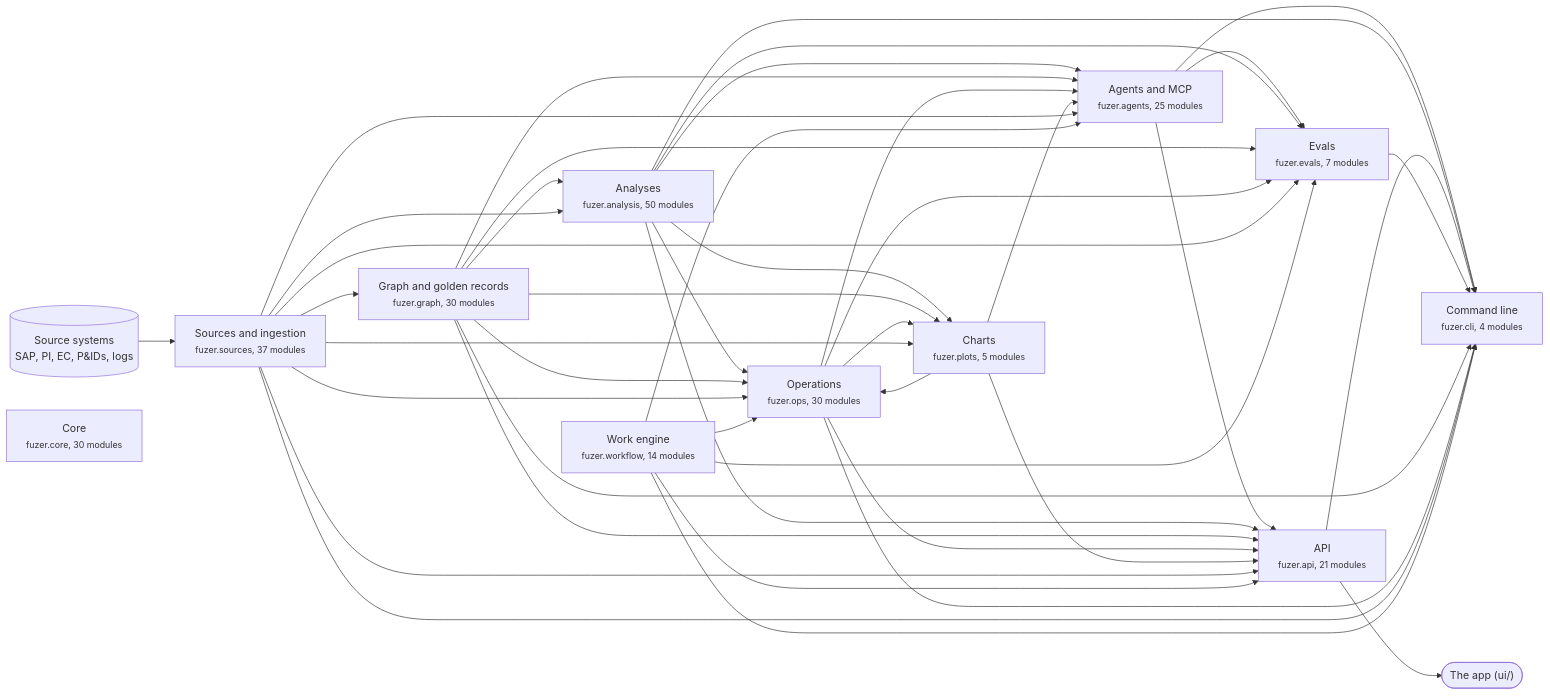
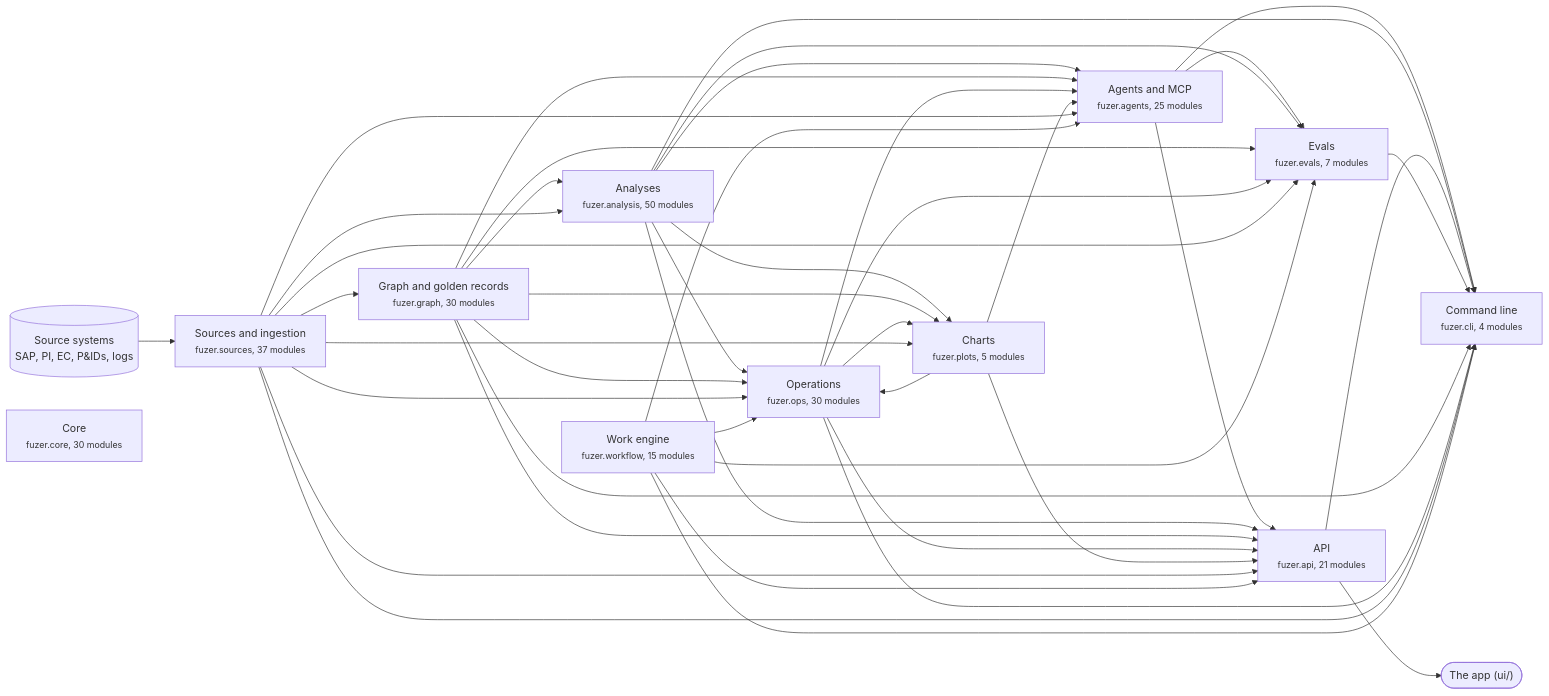
Before and after one commit to areed145/fuzer: the first of 3 diagrams in docs/architecture.md, drawn with Mermaid. The commit also changed other lines of this file and 12 other files, not shown here.

````diff
--- a/docs/architecture.md
+++ b/docs/architecture.md
@@ -8,67 +8,67 @@
 ```mermaid
 flowchart LR
   systems[("Source systems<br>SAP, PI, EC, P&IDs, logs")] --> c_sources
   app(["The app (ui/)"])
   c_api --> app
   c_sources["Sources and ingestion<br><small>fuzer.sources, 37 modules</small>"]
   c_graph["Graph and golden records<br><small>fuzer.graph, 30 modules</small>"]
   c_analysis["Analyses<br><small>fuzer.analysis, 50 modules</small>"]
   c_ops["Operations<br><small>fuzer.ops, 30 modules</small>"]
   c_plots["Charts<br><small>fuzer.plots, 5 modules</small>"]
-  c_workflow["Work engine<br><small>fuzer.workflow, 14 modules</small>"]
+  c_workflow["Work engine<br><small>fuzer.workflow, 15 modules</small>"]
   c_agents["Agents and MCP<br><small>fuzer.agents, 25 modules</small>"]
   c_evals["Evals<br><small>fuzer.evals, 7 modules</small>"]
   c_api["API<br><small>fuzer.api, 21 modules</small>"]
   c_cli["Command line<br><small>fuzer.cli, 4 modules</small>"]
   c_core["Core<br><small>fuzer.core, 30 modules</small>"]
   c_sources --> c_graph
   c_graph --> c_analysis
   c_sources --> c_analysis
   c_analysis --> c_ops
   c_graph --> c_ops
   c_plots --> c_ops
   c_sources --> c_ops
   c_workflow --> c_ops
   c_analysis --> c_plots
   c_graph --> c_plots
   c_ops --> c_plots
   c_sources --> c_plots
   c_analysis --> c_agents
   c_graph --> c_agents
   c_ops --> c_agents
   c_plots --> c_agents
   c_sources --> c_agents
   c_workflow --> c_agents
   c_agents --> c_evals
   c_analysis --> c_evals
   c_graph --> c_evals
   c_ops --> c_evals
   c_sources --> c_evals
   c_workflow --> c_evals
   c_agents --> c_api
   c_analysis --> c_api
   c_graph --> c_api
   c_ops --> c_api
   c_plots --> c_api
   c_sources --> c_api
   c_workflow --> c_api
   c_agents --> c_cli
   c_analysis --> c_cli
   c_api --> c_cli
   c_evals --> c_cli
   c_graph --> c_cli
   c_ops --> c_cli
   c_sources --> c_cli
   c_workflow --> c_cli
   click c_sources "https://github.com/areed145/fuzer/tree/main/src/fuzer/sources"
   click c_graph "https://github.com/areed145/fuzer/tree/main/src/fuzer/graph"
   click c_analysis "https://github.com/areed145/fuzer/tree/main/src/fuzer/analysis"
   click c_ops "https://github.com/areed145/fuzer/tree/main/src/fuzer/ops"
   click c_plots "https://github.com/areed145/fuzer/tree/main/src/fuzer/plots"
   click c_workflow "https://github.com/areed145/fuzer/tree/main/src/fuzer/workflow"
   click c_agents "https://github.com/areed145/fuzer/tree/main/src/fuzer/agents"
   click c_evals "https://github.com/areed145/fuzer/tree/main/src/fuzer/evals"
   click c_api "https://github.com/areed145/fuzer/tree/main/src/fuzer/api"
   click c_cli "https://github.com/areed145/fuzer/tree/main/src/fuzer/cli"
   click c_core "https://github.com/areed145/fuzer/tree/main/src/fuzer/core"
 ```
````
